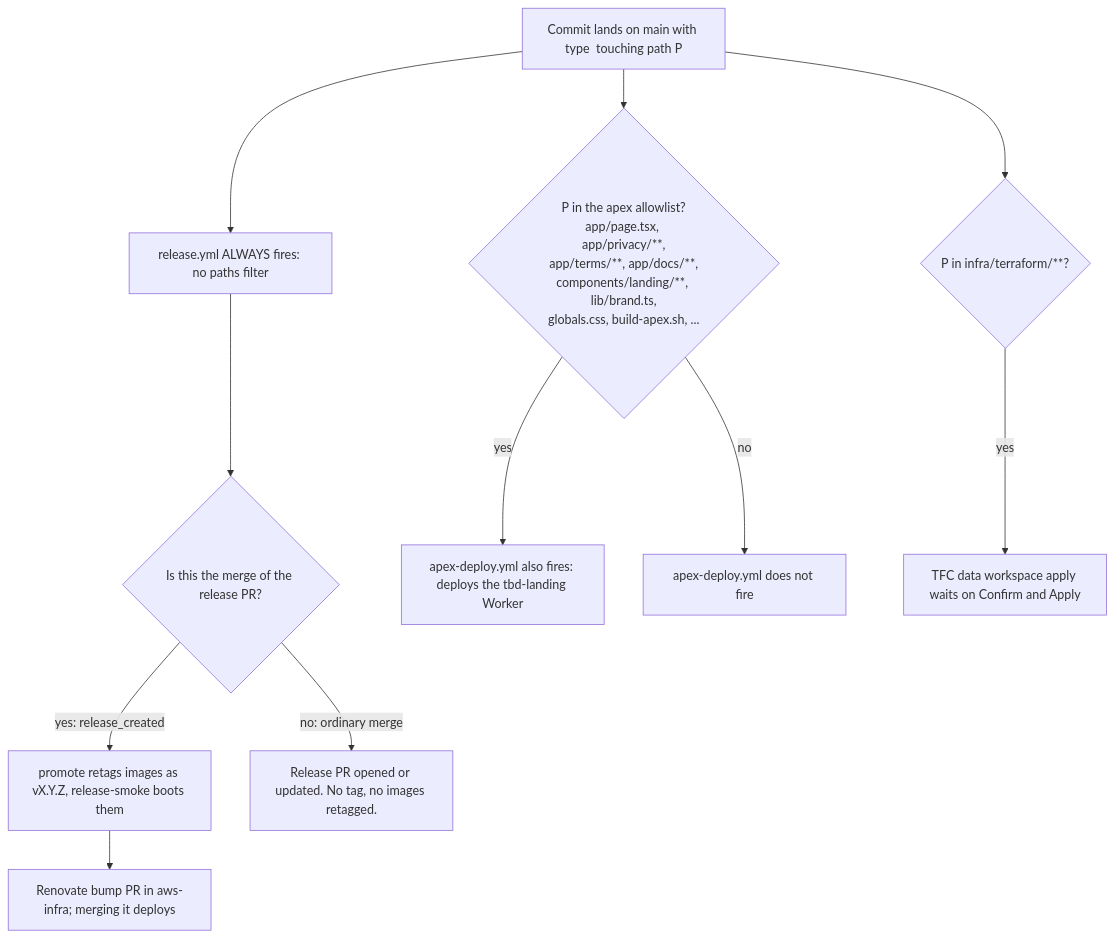
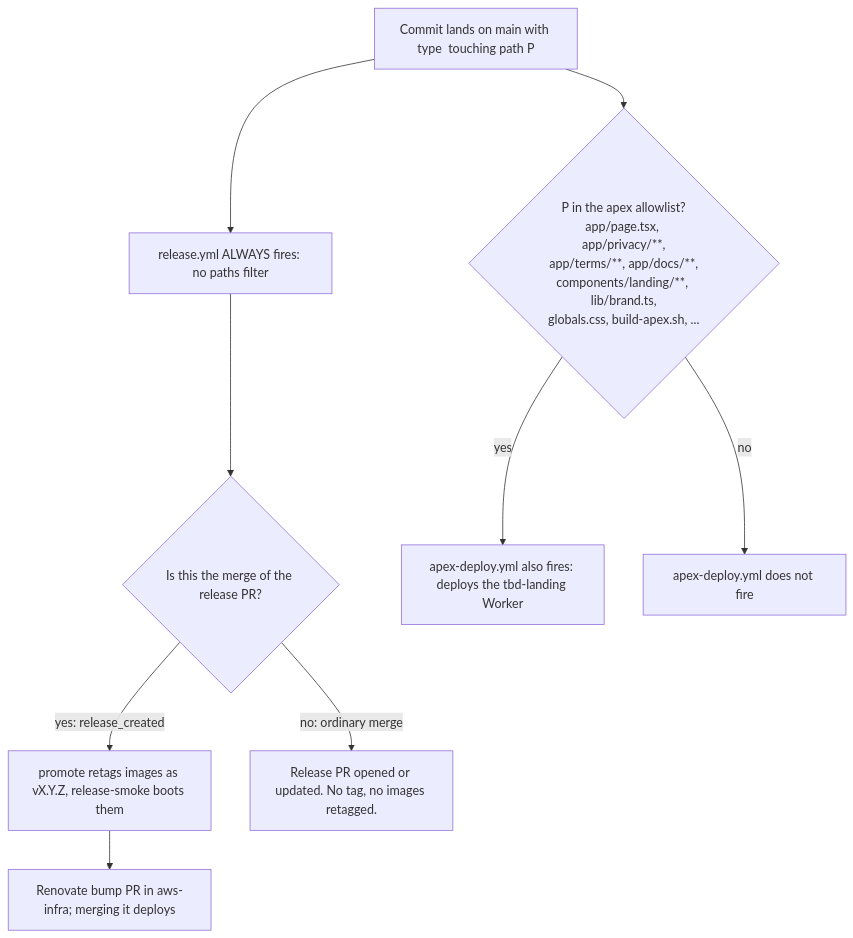
One commit to fjcloudaiconsulting/tbd changed the fifth of 5 diagrams in docs/operations/DEPLOYMENT.md. Above: the diagram before and after it, drawn with Mermaid. The commit also changed other lines of this file and 105 other files, not shown here.

````diff
--- a/docs/operations/DEPLOYMENT.md
+++ b/docs/operations/DEPLOYMENT.md
@@ -566,16 +342,13 @@
 ```mermaid
 flowchart TD
   start[Commit lands on main with type <type> touching path P]
   start --> rel[release.yml ALWAYS fires: no paths filter]
   rel --> semrel{Is this the merge of the release PR?}
   semrel -- "yes: release_created" --> promote[promote retags images as vX.Y.Z, release-smoke boots them]
   promote --> bump[Renovate bump PR in aws-infra; merging it deploys]
   semrel -- "no: ordinary merge" --> noship[Release PR opened or updated. No tag, no images retagged.]
 
   start --> apexq{P in the apex allowlist?<br/>app/page.tsx, app/privacy/**,<br/>app/terms/**, app/docs/**,<br/>components/landing/**, lib/brand.ts,<br/>globals.css, build-apex.sh, ...}
   apexq -- yes --> apex[apex-deploy.yml also fires: deploys the tbd-landing Worker]
   apexq -- no --> apexno[apex-deploy.yml does not fire]
-
-  start --> tf2{P in infra/terraform/**?}
-  tf2 -- yes --> tfpfv[TFC data workspace apply waits on Confirm and Apply]
 ```
````
